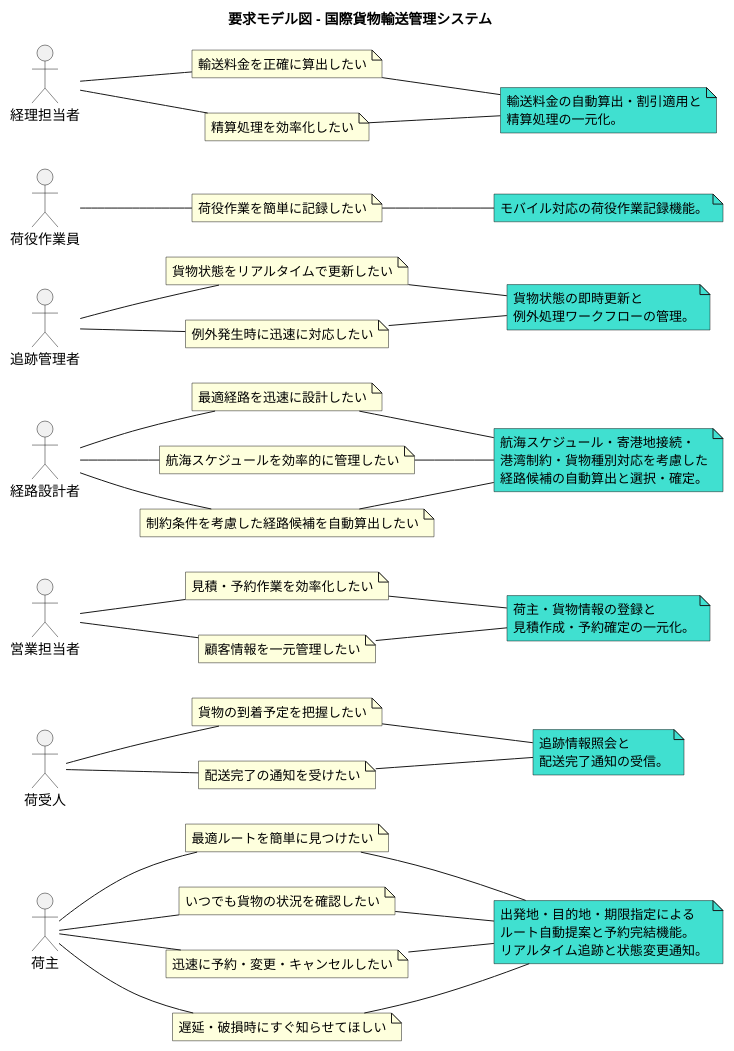
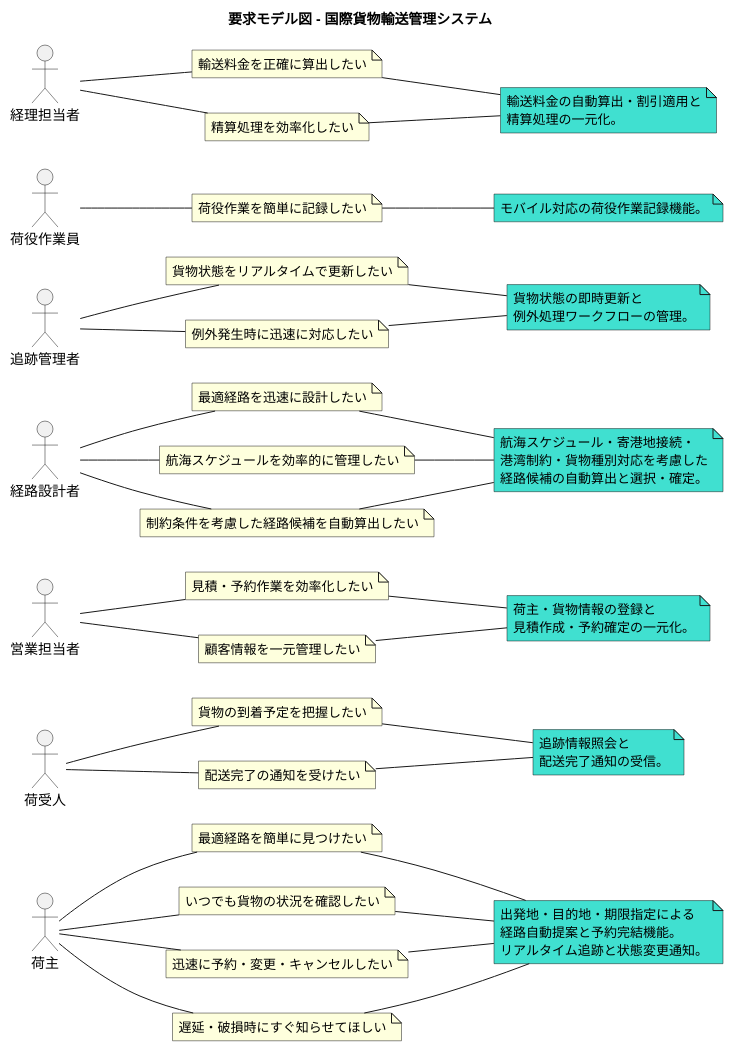
One commit to k2works/case-study-cargo-tracker changed the second of 21 diagrams in docs/requirements/requirements_definition.md. Above: the diagram before and after it, drawn with PlantUML. The commit also changed other lines of this file and 2 other files, not shown here.

```diff
--- a/docs/requirements/requirements_definition.md
+++ b/docs/requirements/requirements_definition.md
@@ -70,13 +70,13 @@
 left to right direction
 
 actor 荷主
-note "最適ルートを簡単に見つけたい" as s_r1
+note "最適経路を簡単に見つけたい" as s_r1
 note "いつでも貨物の状況を確認したい" as s_r2
 note "迅速に予約・変更・キャンセルしたい" as s_r3
 note "遅延・破損時にすぐ知らせてほしい" as s_r4
 note as s_dr1 #Turquoise
   出発地・目的地・期限指定による
-  ルート自動提案と予約完結機能。
+  経路自動提案と予約完結機能。
   リアルタイム追跡と状態変更通知。
 end note
 :荷主: -- s_r1
```
